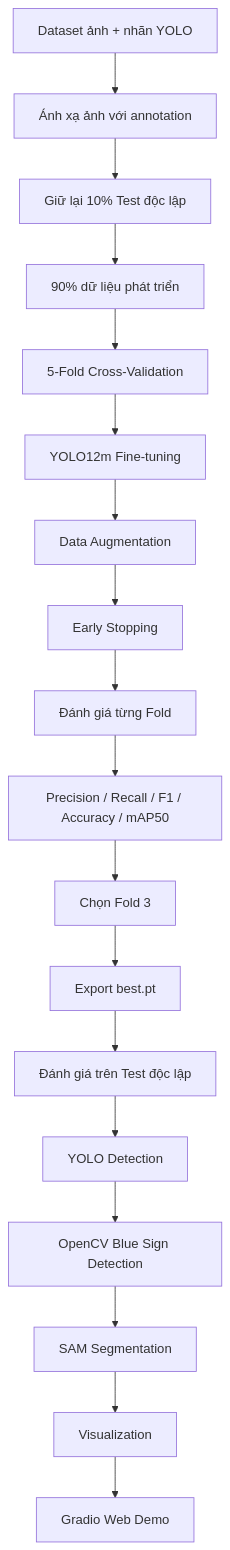
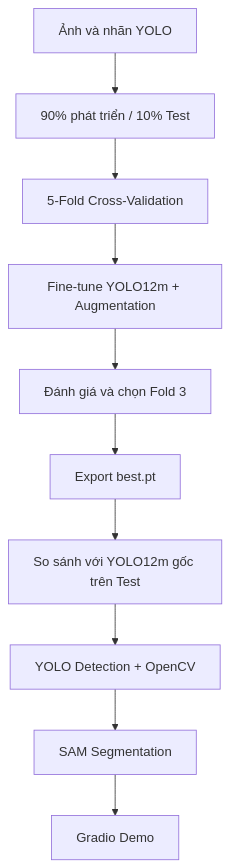
One commit to Julia-Yen/traffic-sign-detection changed the diagram in README.md. Above: the diagram before and after it, drawn with Mermaid. The commit also changed other lines of this file, not shown here.

````diff
--- a/README.md
+++ b/README.md
@@ -82,20 +55,12 @@
 ```mermaid
 flowchart TD
-    A[Dataset ảnh + nhãn YOLO] --> B[Ánh xạ ảnh với annotation]
-    B --> C[Giữ lại 10% Test độc lập]
-    C --> D[90% dữ liệu phát triển]
-    D --> E[5-Fold Cross-Validation]
-    E --> F[YOLO12m Fine-tuning]
-    F --> G[Data Augmentation]
-    G --> H[Early Stopping]
-    H --> I[Đánh giá từng Fold]
-    I --> J[Precision / Recall / F1 / Accuracy / mAP50]
-    J --> K[Chọn Fold 3]
-    K --> L[Export best.pt]
-    L --> M[Đánh giá trên Test độc lập]
-    M --> N[YOLO Detection]
-    N --> O[OpenCV Blue Sign Detection]
-    O --> P[SAM Segmentation]
-    P --> Q[Visualization]
-    Q --> R[Gradio Web Demo]
+    A[Ảnh và nhãn YOLO] --> B[90% phát triển / 10% Test]
+    B --> C[5-Fold Cross-Validation]
+    C --> D[Fine-tune YOLO12m + Augmentation]
+    D --> E[Đánh giá và chọn Fold 3]
+    E --> F[Export best.pt]
+    F --> G[So sánh với YOLO12m gốc trên Test]
+    G --> H[YOLO Detection + OpenCV]
+    H --> I[SAM Segmentation]
+    I --> J[Gradio Demo]
 ```
````
